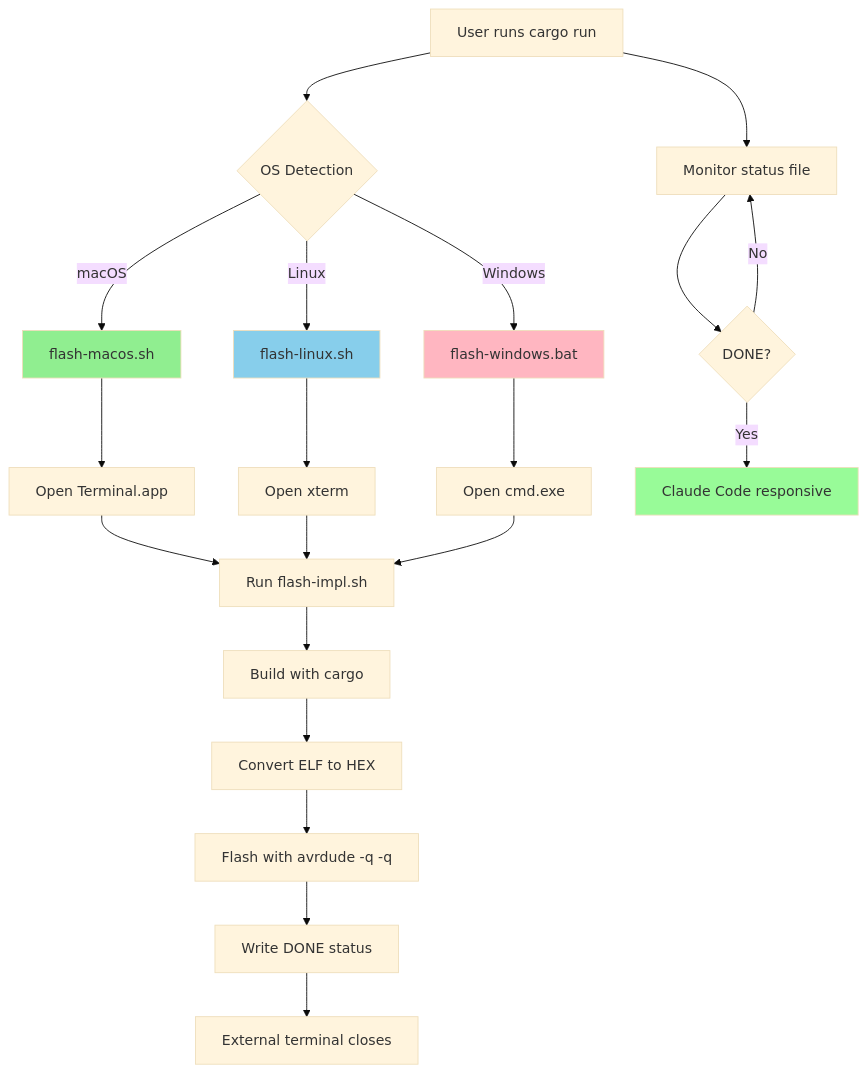
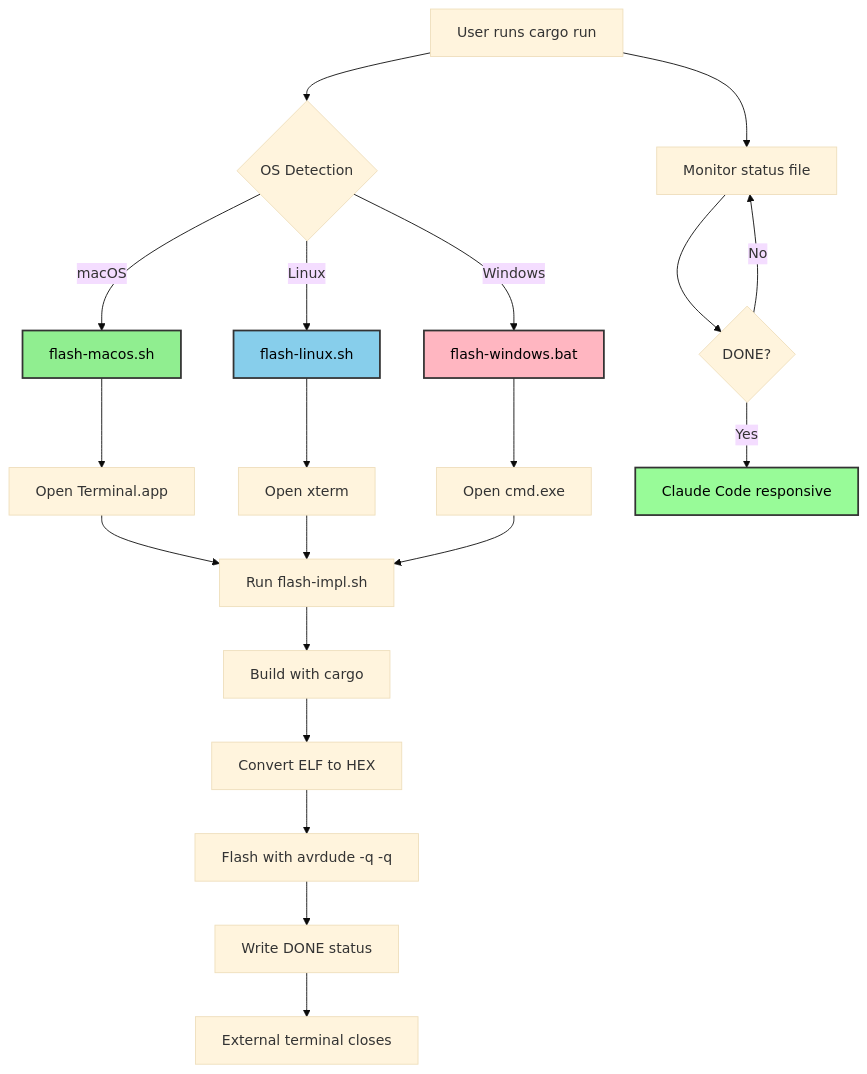
The diagram in docs/FLASHING_SOLUTION.md (ScopeCreep-zip/ossidata), drawn with Mermaid (base theme) before and after one commit. The commit also changed 4 other files, not shown here.

Commit message:
Update to mermaid diagrams to be more readable

````diff
--- a/docs/FLASHING_SOLUTION.md
+++ b/docs/FLASHING_SOLUTION.md
@@ -55,31 +55,31 @@
 ```mermaid
 flowchart TD
     A[User runs cargo run] --> B{OS Detection}
     B -->|macOS| C[flash-macos.sh]
     B -->|Linux| D[flash-linux.sh]
     B -->|Windows| E[flash-windows.bat]
 
     C --> F[Open Terminal.app]
     D --> G[Open xterm]
     E --> H[Open cmd.exe]
 
     F --> I[Run flash-impl.sh]
     G --> I
     H --> I
 
     I --> J[Build with cargo]
     J --> K[Convert ELF to HEX]
     K --> L[Flash with avrdude -q -q]
     L --> M[Write DONE status]
     M --> N[External terminal closes]
 
     A --> O[Monitor status file]
     O --> P{DONE?}
     P -->|No| O
     P -->|Yes| Q[Claude Code responsive]
 
-    style C fill:#90EE90
-    style D fill:#87CEEB
-    style E fill:#FFB6C1
-    style Q fill:#98FB98
+    style C fill:#90EE90,stroke:#333,stroke-width:2px,color:#000
+    style D fill:#87CEEB,stroke:#333,stroke-width:2px,color:#000
+    style E fill:#FFB6C1,stroke:#333,stroke-width:2px,color:#000
+    style Q fill:#98FB98,stroke:#333,stroke-width:2px,color:#000
 ```
````
